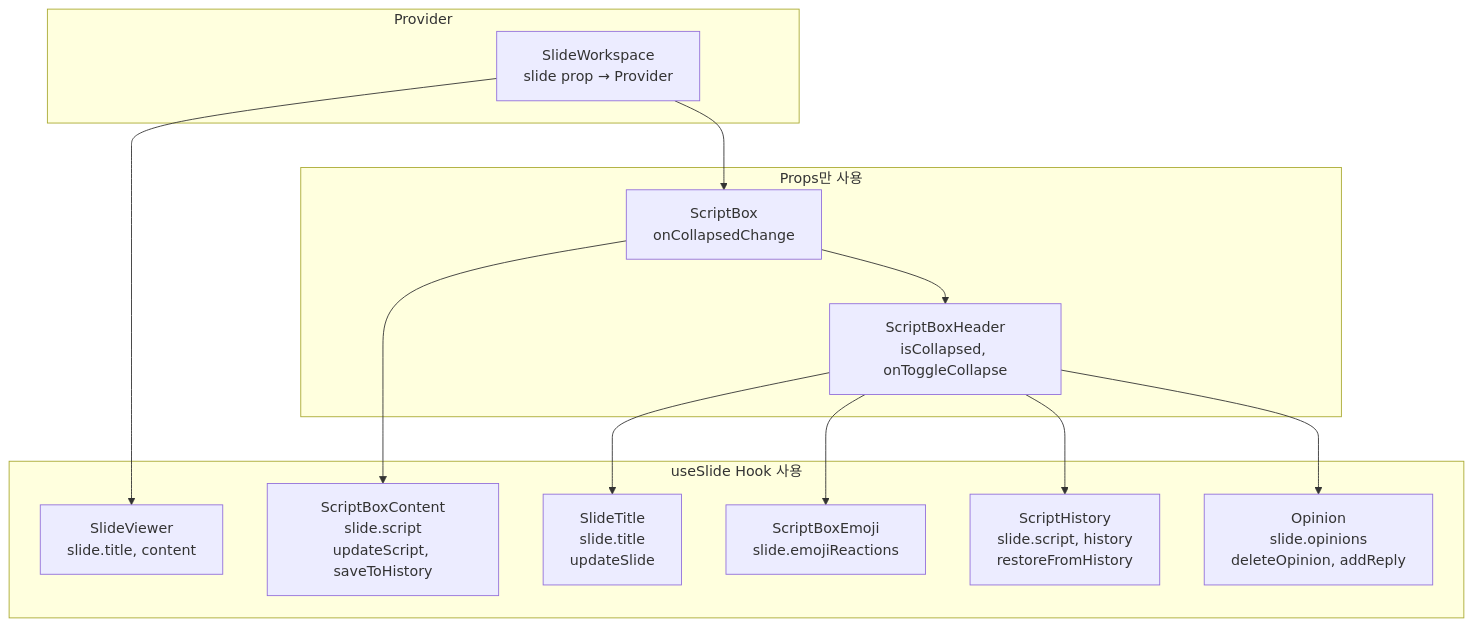
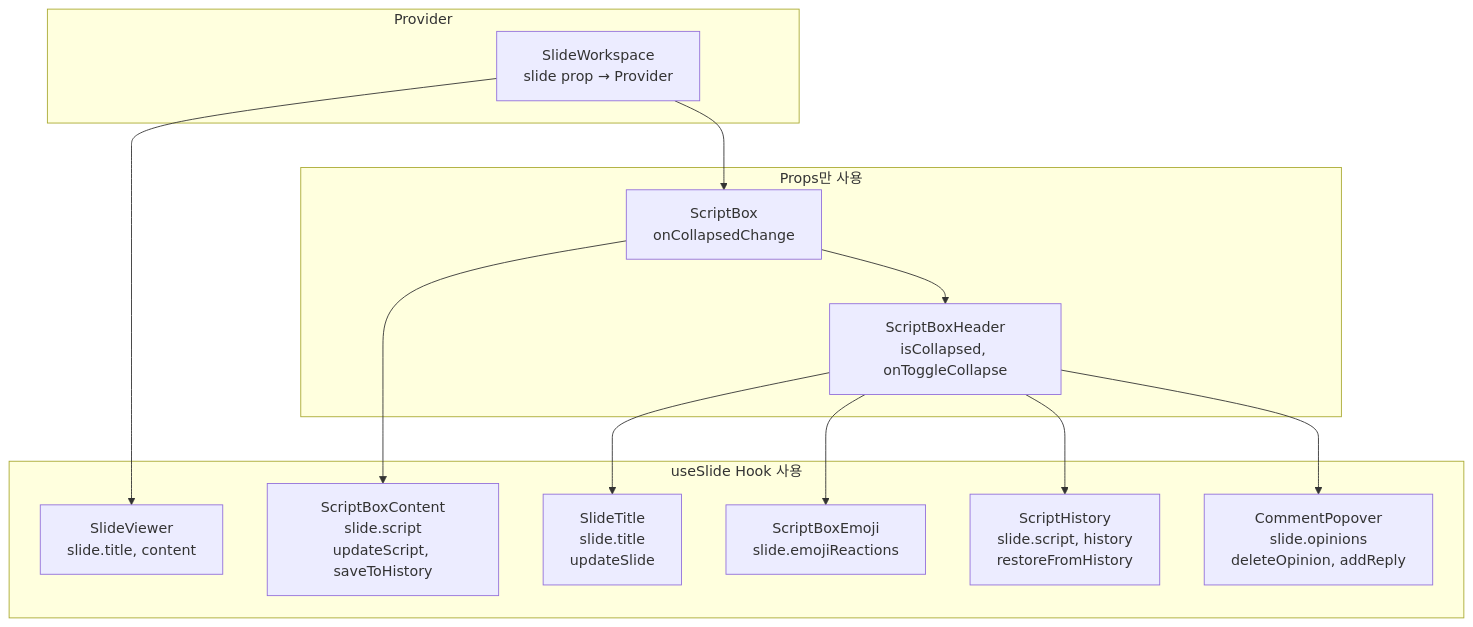
Before and after one commit to TTORANG/Web: the seventh of 7 diagrams in docs/slide-data-flow-legacy.md, drawn with Mermaid. The commit also changed other lines of this file and 8 other files, not shown here.

````diff
--- a/docs/slide-data-flow-legacy.md
+++ b/docs/slide-data-flow-legacy.md
@@ -213,29 +213,29 @@
 ```mermaid
 graph TB
     subgraph useSlide Hook 사용
         SV[SlideViewer<br/>slide.title, content]
         SBC[ScriptBoxContent<br/>slide.script<br/>updateScript, saveToHistory]
         STT[SlideTitle<br/>slide.title<br/>updateSlide]
         SBE[ScriptBoxEmoji<br/>slide.emojiReactions]
         SH[ScriptHistory<br/>slide.script, history<br/>restoreFromHistory]
-        OP[Opinion<br/>slide.opinions<br/>deleteOpinion, addReply]
+        OP[CommentPopover<br/>slide.opinions<br/>deleteOpinion, addReply]
     end
 
     subgraph Props만 사용
         SBH[ScriptBoxHeader<br/>isCollapsed, onToggleCollapse]
         SB[ScriptBox<br/>onCollapsedChange]
     end
 
     subgraph Provider
         SW[SlideWorkspace<br/>slide prop → Provider]
     end
 
     SW --> SV
     SW --> SB
     SB --> SBH
     SB --> SBC
     SBH --> STT
     SBH --> SBE
     SBH --> SH
     SBH --> OP
 ```
````
